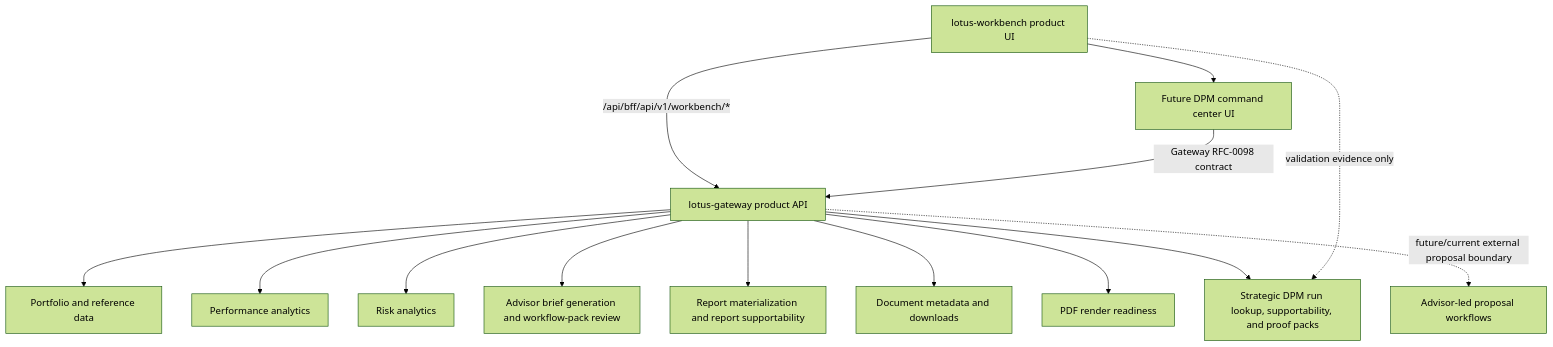
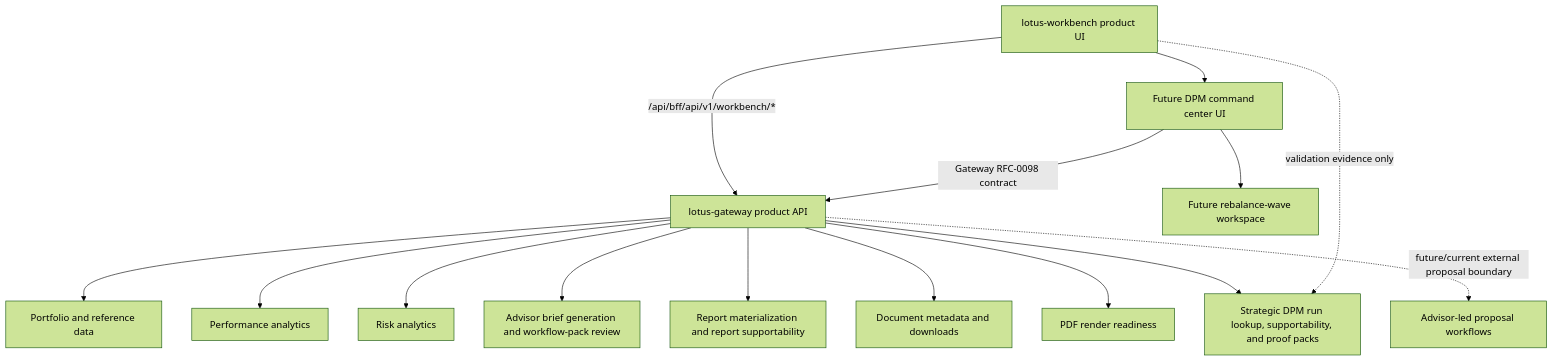
Before and after one commit to sgajbi/advisor-workbench: the diagram in wiki/Integrations.md, drawn with Mermaid (forest theme). The commit also changed other lines of this file and 5 other files, not shown here.

Commit message:
docs: align dpm command center with rfc0041 waves

````diff
--- a/wiki/Integrations.md
+++ b/wiki/Integrations.md
@@ -73,29 +75,31 @@
 ```mermaid
 flowchart TB
   Workbench[lotus-workbench product UI]
   Gateway[lotus-gateway product API]
   Core[Portfolio and reference data]
   Performance[Performance analytics]
   Risk[Risk analytics]
   AI[Advisor brief generation and workflow-pack review]
   Report[Report materialization and report supportability]
   Archive[Document metadata and downloads]
   Render[PDF render readiness]
   Manage[Strategic DPM run lookup, supportability, and proof packs]
+  Waves[Future rebalance-wave workspace]
   Advise[Advisor-led proposal workflows]
   DpmCenter[Future DPM command center UI]
 
   Workbench -->|/api/bff/api/v1/workbench/*| Gateway
   Workbench --> DpmCenter
+  DpmCenter --> Waves
   DpmCenter -->|Gateway RFC-0098 contract| Gateway
   Gateway --> Core
   Gateway --> Performance
   Gateway --> Risk
   Gateway --> AI
   Gateway --> Report
   Gateway --> Archive
   Gateway --> Render
   Gateway --> Manage
   Gateway -. future/current external proposal boundary .-> Advise
   Workbench -. validation evidence only .-> Manage
 ```
````
